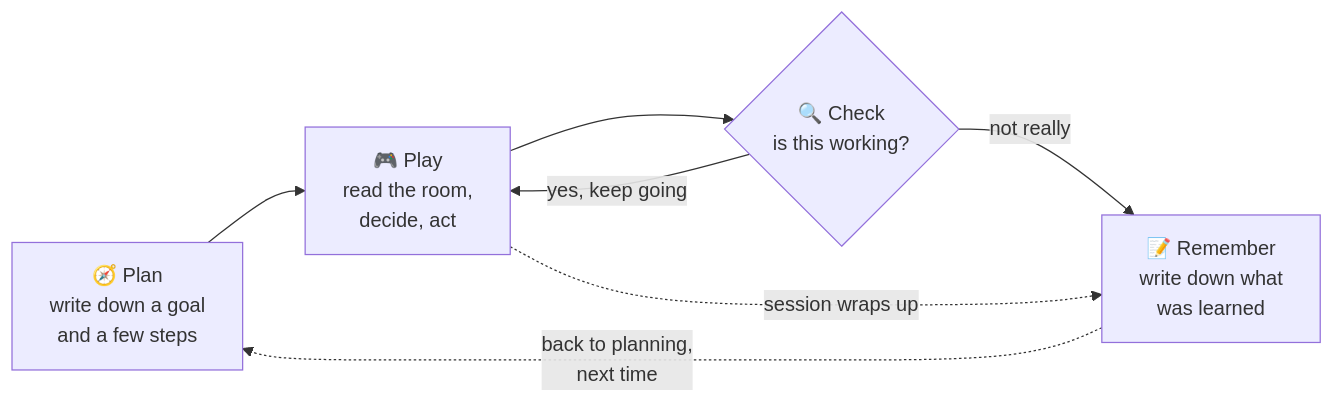
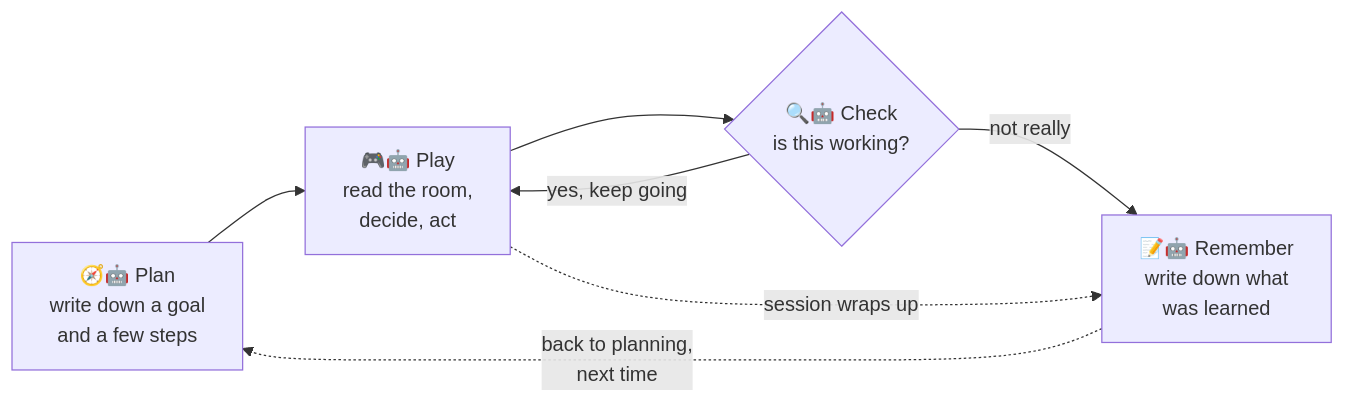
Before and after one commit to asuleman-cyber/claude-code-camp-2026-Q2: the first of 2 diagrams in README.md, drawn with Mermaid. The commit also changed other lines of this file, not shown here.

First line of the commit message:
Mark AI calls inline, and stop diagrams auto-shrinking to fit

````diff
--- a/README.md
+++ b/README.md
@@ -41,9 +41,10 @@
 ```mermaid
+%%{init: {"flowchart": {"useMaxWidth": false}}}%%
 flowchart LR
-    A["🧭 Plan<br/>write down a goal<br/>and a few steps"] --> B["🎮 Play<br/>read the room,<br/>decide, act"]
-    B --> C{"🔍 Check<br/>is this working?"}
+    A["🧭🤖 Plan<br/>write down a goal<br/>and a few steps"] --> B["🎮🤖 Play<br/>read the room,<br/>decide, act"]
+    B --> C{"🔍🤖 Check<br/>is this working?"}
     C -->|"yes, keep going"| B
     C -->|"not really"| D
-    B -.->|"session wraps up"| D["📝 Remember<br/>write down what<br/>was learned"]
+    B -.->|"session wraps up"| D["📝🤖 Remember<br/>write down what<br/>was learned"]
     D -.->|"back to planning,<br/>next time"| A
 ```
````
